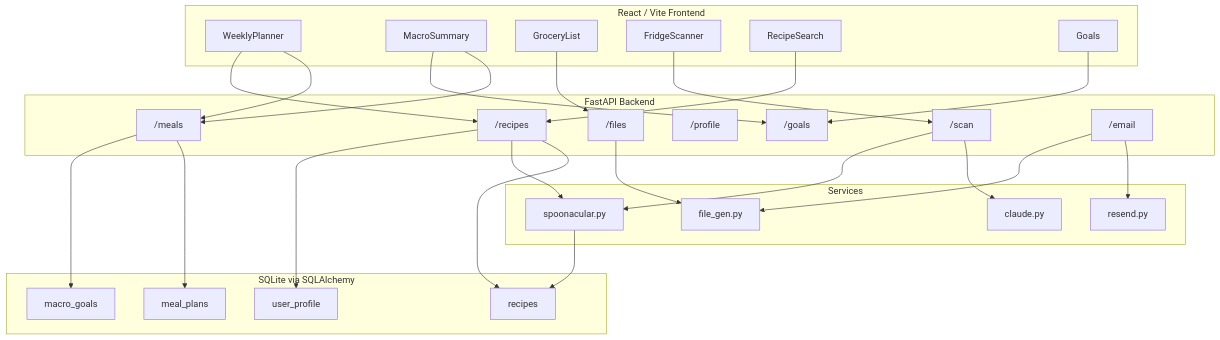
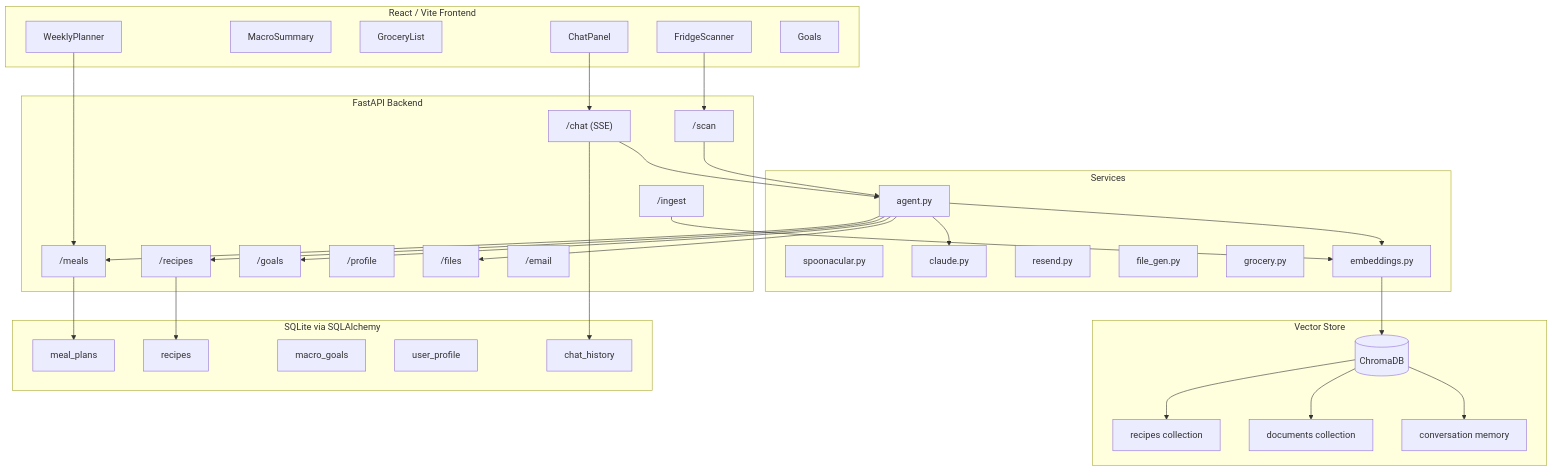
The diagram in PLAN.md (gabegaines24/meal-prep), drawn with Mermaid before and after one commit. The commit also changed other lines of this file and 6 other files, not shown here.

Commit message:
feat(rag): add ChromaDB embedding layer and recipe index

````diff
--- a/PLAN.md
+++ b/PLAN.md
@@ -52,56 +78,72 @@
 ```mermaid
 flowchart TD
     subgraph frontend [React / Vite Frontend]
         WeeklyPlanner[WeeklyPlanner]
         MacroSummary[MacroSummary]
         GroceryList[GroceryList]
         FridgeScanner[FridgeScanner]
-        RecipeSearch[RecipeSearch]
+        Chat[ChatPanel]
         GoalsPage[Goals]
     end
 
     subgraph backend [FastAPI Backend]
         meals_route["/meals"]
         recipes_route["/recipes"]
         goals_route["/goals"]
         profile_route["/profile"]
         scan_route["/scan"]
         files_route["/files"]
         email_route["/email"]
+        chat_route["/chat (SSE)"]
+        ingest_route["/ingest"]
     end
 
     subgraph services [Services]
         spoonacular[spoonacular.py]
         claude[claude.py]
         resend_svc[resend.py]
         file_gen[file_gen.py]
+        grocery[grocery.py]
+        agent[agent.py]
+        embeddings[embeddings.py]
+    end
+
+    subgraph vector [Vector Store]
+        chroma[(ChromaDB)]
+        recipe_collection[recipes collection]
+        docs_collection[documents collection]
+        memory_collection[conversation memory]
     end
 
     subgraph db [SQLite via SQLAlchemy]
         MealPlan[meal_plans]
         Recipe[recipes]
         MacroGoals[macro_goals]
         UserProfile[user_profile]
+        ChatHistory[chat_history]
     end
 
+    Chat --> chat_route
+    FridgeScanner --> scan_route
     WeeklyPlanner --> meals_route
-    WeeklyPlanner --> recipes_route
-    MacroSummary --> meals_route
-    MacroSummary --> goals_route
-    GroceryList --> files_route
-    RecipeSearch --> recipes_route
-    FridgeScanner --> scan_route
-    GoalsPage --> goals_route
+
+    chat_route --> agent
+    agent --> embeddings
+    agent --> claude
+    agent --> meals_route
+    agent --> recipes_route
+    agent --> goals_route
+    agent --> files_route
+
+    embeddings --> chroma
+    chroma --> recipe_collection
+    chroma --> docs_collection
+    chroma --> memory_collection
+
+    scan_route --> agent
+    ingest_route --> embeddings
 
     meals_route --> MealPlan
-    meals_route --> MacroGoals
     recipes_route --> Recipe
-    recipes_route --> spoonacular
-    recipes_route --> UserProfile
-    scan_route --> claude
-    scan_route --> spoonacular
-    files_route --> file_gen
-    email_route --> resend_svc
-    email_route --> file_gen
-    spoonacular --> Recipe
+    chat_route --> ChatHistory
 ```
````
